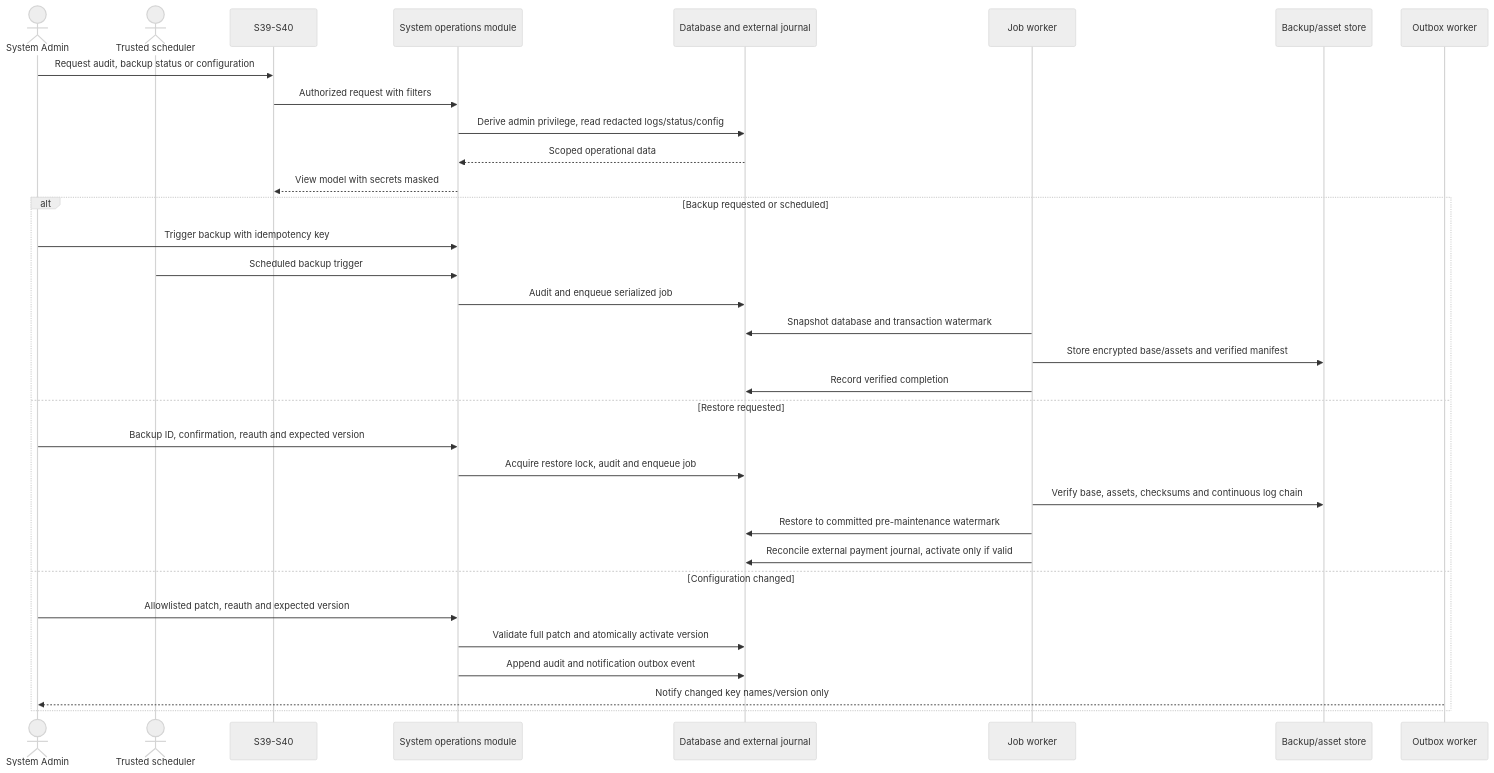
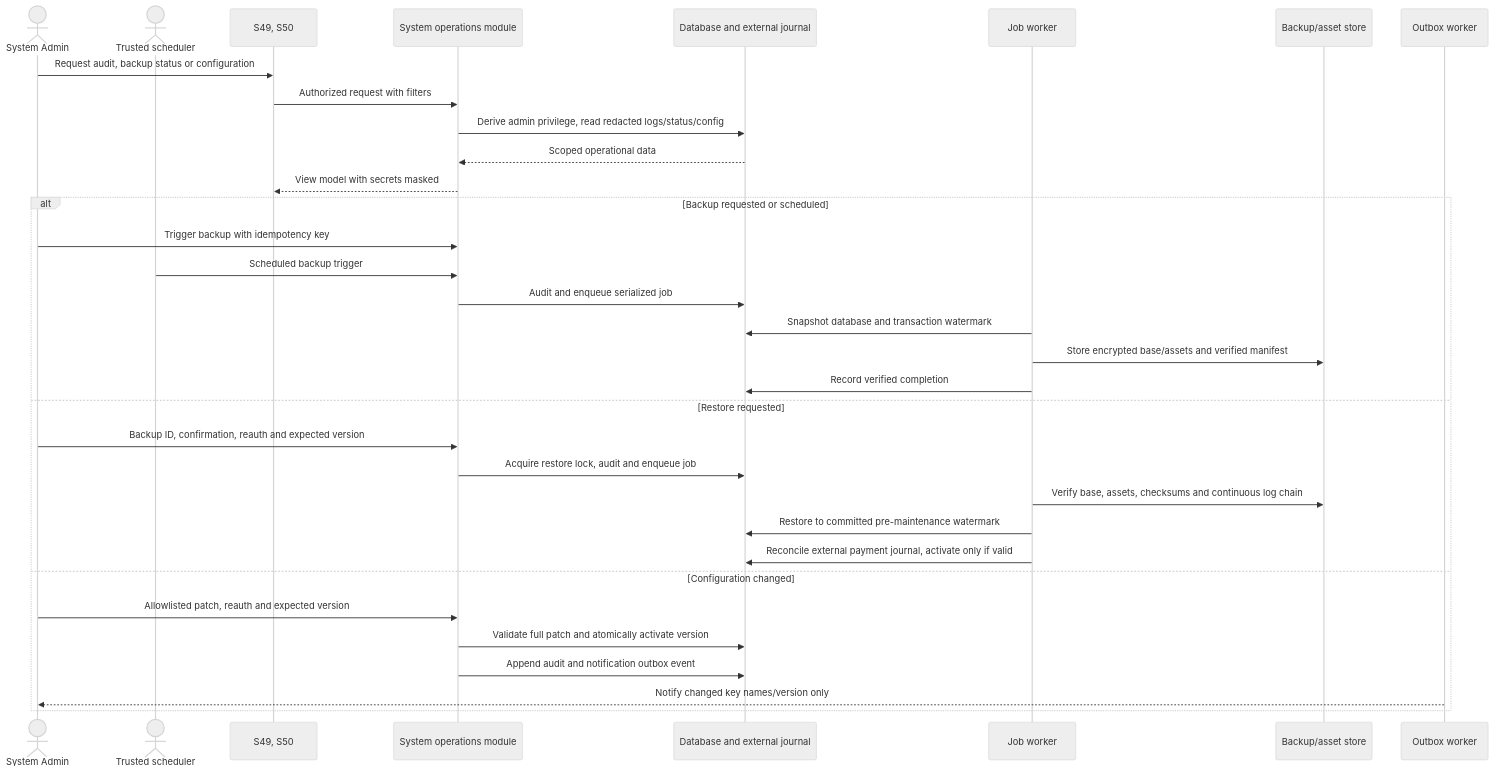
One commit to ankhanhwork/weavelink-project changed the second of 2 diagrams in docs/spec/specs/spec-MFG-12.md. Above: the diagram before and after it, drawn with Mermaid (neutral theme). The commit also changed other lines of this file and 235 other files, not shown here.

````diff
--- a/docs/spec/specs/spec-MFG-12.md
+++ b/docs/spec/specs/spec-MFG-12.md
@@ -92,35 +92,35 @@
 ```mermaid
 sequenceDiagram
     actor SystemAdmin as System Admin
     actor Scheduler as Trusted scheduler
-    participant OperationsUI as S39-S40
+    participant OperationsUI as S49, S50
     participant OperationsModule as System operations module
     participant OperationalDB as Database and external journal
     participant JobWorker as Job worker
     participant BackupStore as Backup/asset store
     participant OutboxWorker as Outbox worker
     SystemAdmin->>OperationsUI: Request audit, backup status or configuration
     OperationsUI->>OperationsModule: Authorized request with filters
     OperationsModule->>OperationalDB: Derive admin privilege, read redacted logs/status/config
     OperationalDB-->>OperationsModule: Scoped operational data
     OperationsModule-->>OperationsUI: View model with secrets masked
     alt Backup requested or scheduled
         SystemAdmin->>OperationsModule: Trigger backup with idempotency key
         Scheduler->>OperationsModule: Scheduled backup trigger
         OperationsModule->>OperationalDB: Audit and enqueue serialized job
         JobWorker->>OperationalDB: Snapshot database and transaction watermark
         JobWorker->>BackupStore: Store encrypted base/assets and verified manifest
         JobWorker->>OperationalDB: Record verified completion
     else Restore requested
         SystemAdmin->>OperationsModule: Backup ID, confirmation, reauth and expected version
         OperationsModule->>OperationalDB: Acquire restore lock, audit and enqueue job
         JobWorker->>BackupStore: Verify base, assets, checksums and continuous log chain
         JobWorker->>OperationalDB: Restore to committed pre-maintenance watermark
         JobWorker->>OperationalDB: Reconcile external payment journal, activate only if valid
     else Configuration changed
         SystemAdmin->>OperationsModule: Allowlisted patch, reauth and expected version
         OperationsModule->>OperationalDB: Validate full patch and atomically activate version
         OperationsModule->>OperationalDB: Append audit and notification outbox event
         OutboxWorker-->>SystemAdmin: Notify changed key names/version only
     end
 ```
````
